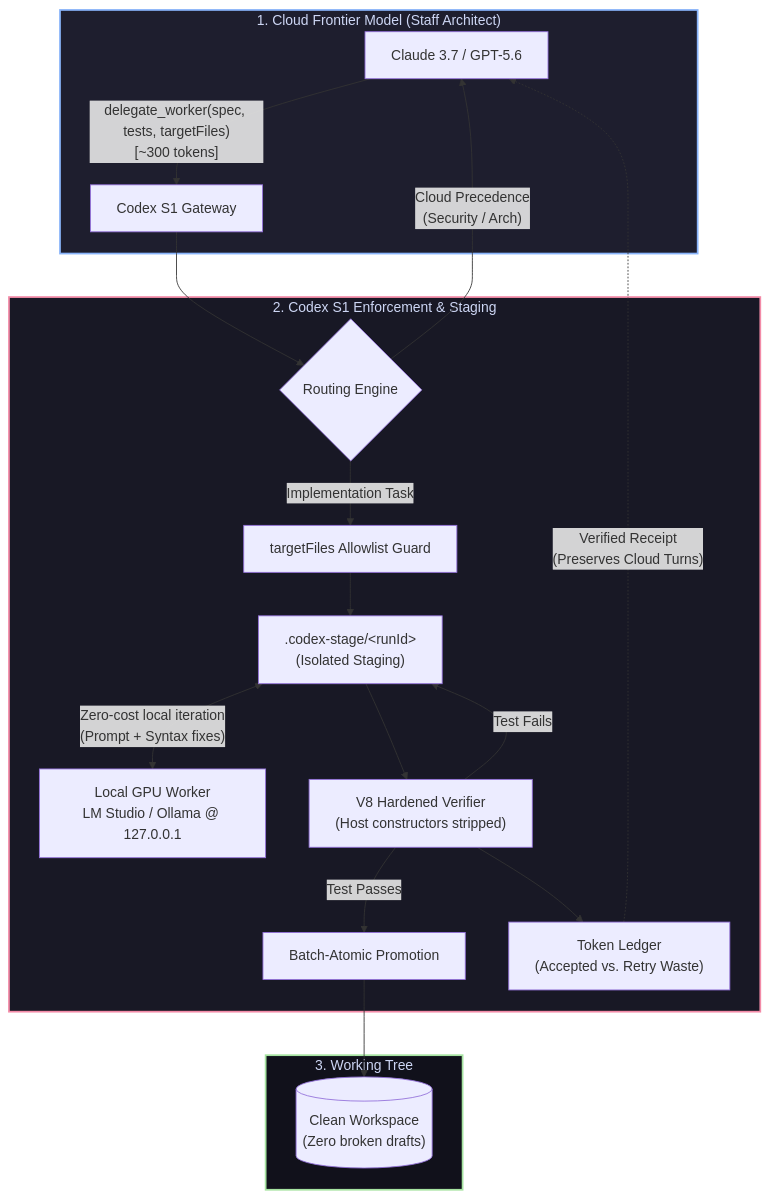
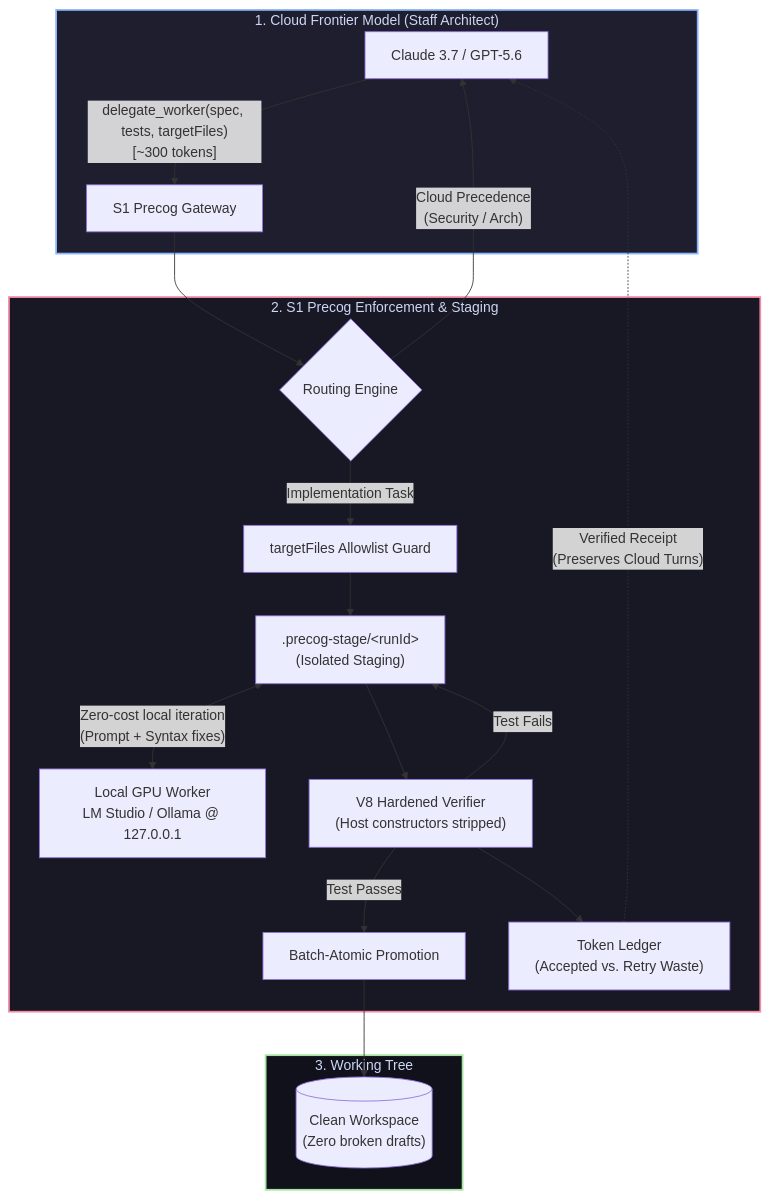
Before and after one commit to jjmlovesgit/codex-s1: the diagram in README.md, drawn with Mermaid. The commit also changed other lines of this file and 13 other files, not shown here.

````diff
--- a/README.md
+++ b/README.md
@@ -74,31 +73,31 @@
 ```mermaid
 flowchart TD
     subgraph Cloud ["1. Cloud Frontier Model (Staff Architect)"]
-        A["Claude 3.7 / GPT-5.6"] -->|"delegate_worker(spec, tests, targetFiles)<br/>[~300 tokens]"| B["Codex S1 Gateway"]
+        A["Claude 3.7 / GPT-5.6"] -->|"delegate_worker(spec, tests, targetFiles)<br/>[~300 tokens]"| B["S1 Precog Gateway"]
     end
 
-    subgraph Gateway ["2. Codex S1 Enforcement & Staging"]
+    subgraph Gateway ["2. S1 Precog Enforcement & Staging"]
         B --> C{"Routing Engine"}
         C -->|"Cloud Precedence<br/>(Security / Arch)"| A
         C -->|"Implementation Task"| D["targetFiles Allowlist Guard"]
-        D --> E[".codex-stage/&lt;runId&gt;<br/>(Isolated Staging)"]
+        D --> E[".precog-stage/&lt;runId&gt;<br/>(Isolated Staging)"]
         
         E <-->|"Zero-cost local iteration<br/>(Prompt + Syntax fixes)"| F["Local GPU Worker<br/>LM Studio / Ollama @ 127.0.0.1"]
         
         E --> G["V8 Hardened Verifier<br/>(Host constructors stripped)"]
         G -- "Test Fails" --> E
         G -- "Test Passes" --> H["Batch-Atomic Promotion"]
         
         G --> I["Token Ledger<br/>(Accepted vs. Retry Waste)"]
     end
 
     subgraph Disk ["3. Working Tree"]
         H --> J[("Clean Workspace<br/>(Zero broken drafts)")]
     end
 
     I -.->|"Verified Receipt<br/>(Preserves Cloud Turns)"| A
 
     style Cloud fill:#1e1e2e,stroke:#89b4fa,stroke-width:2px,color:#cdd6f4
     style Gateway fill:#181825,stroke:#f38ba8,stroke-width:2px,color:#cdd6f4
     style Disk fill:#11111b,stroke:#a6e3a1,stroke-width:2px,color:#cdd6f4
 ```
````
